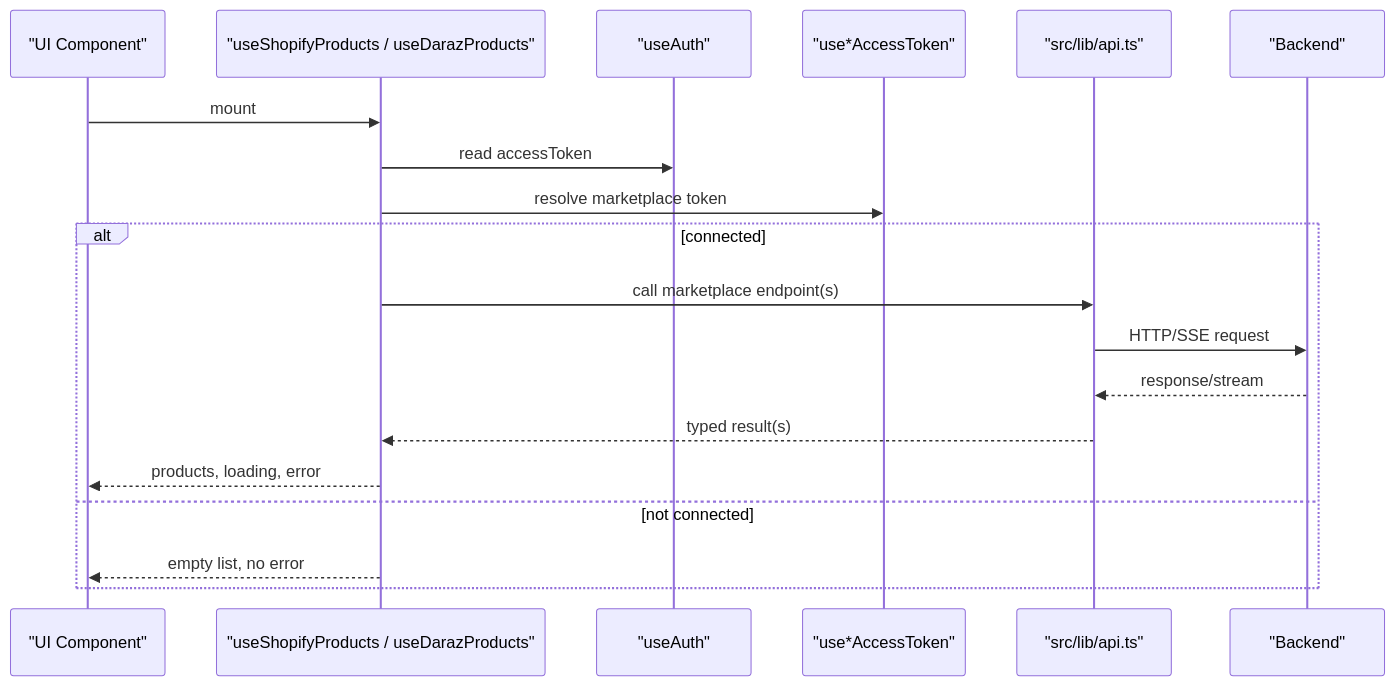
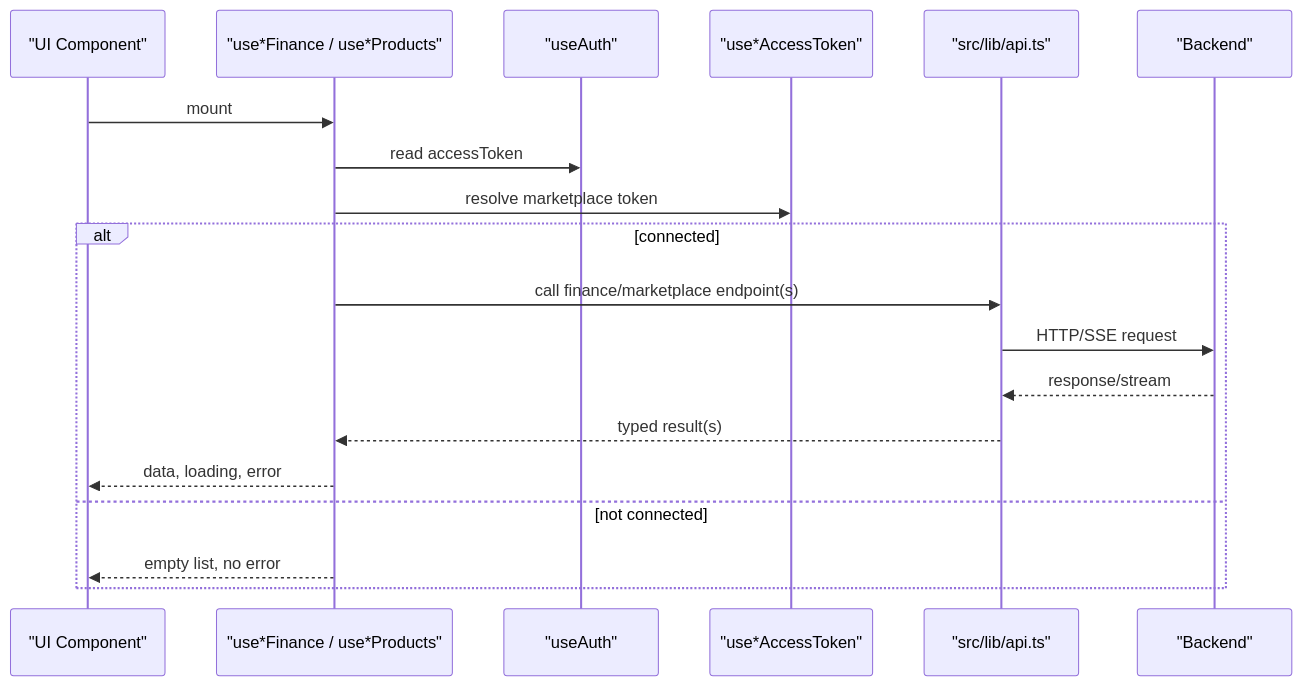
The second of 5 diagrams in .qoder/repowiki/en/content/API Integration.md (Muhammad-Masood/tijarah-ai-app), drawn with Mermaid before and after one commit. The commit also changed other lines of this file and 25 other files, not shown here.

````diff
--- a/.qoder/repowiki/en/content/API Integration.md
+++ b/.qoder/repowiki/en/content/API Integration.md
@@ -99,21 +146,21 @@
 ```mermaid
 sequenceDiagram
 participant UI as "UI Component"
-participant Hook as "useShopifyProducts / useDarazProducts"
+participant Hook as "use*Finance / use*Products"
 participant Auth as "useAuth"
 participant Conn as "use*AccessToken"
 participant API as "src/lib/api.ts"
 participant Backend as "Backend"
 UI->>Hook : mount
 Hook->>Auth : read accessToken
 Hook->>Conn : resolve marketplace token
 alt connected
-Hook->>API : call marketplace endpoint(s)
+Hook->>API : call finance/marketplace endpoint(s)
 API->>Backend : HTTP/SSE request
 Backend-->>API : response/stream
 API-->>Hook : typed result(s)
-Hook-->>UI : products, loading, error
+Hook-->>UI : data, loading, error
 else not connected
 Hook-->>UI : empty list, no error
 end
 ```
````
